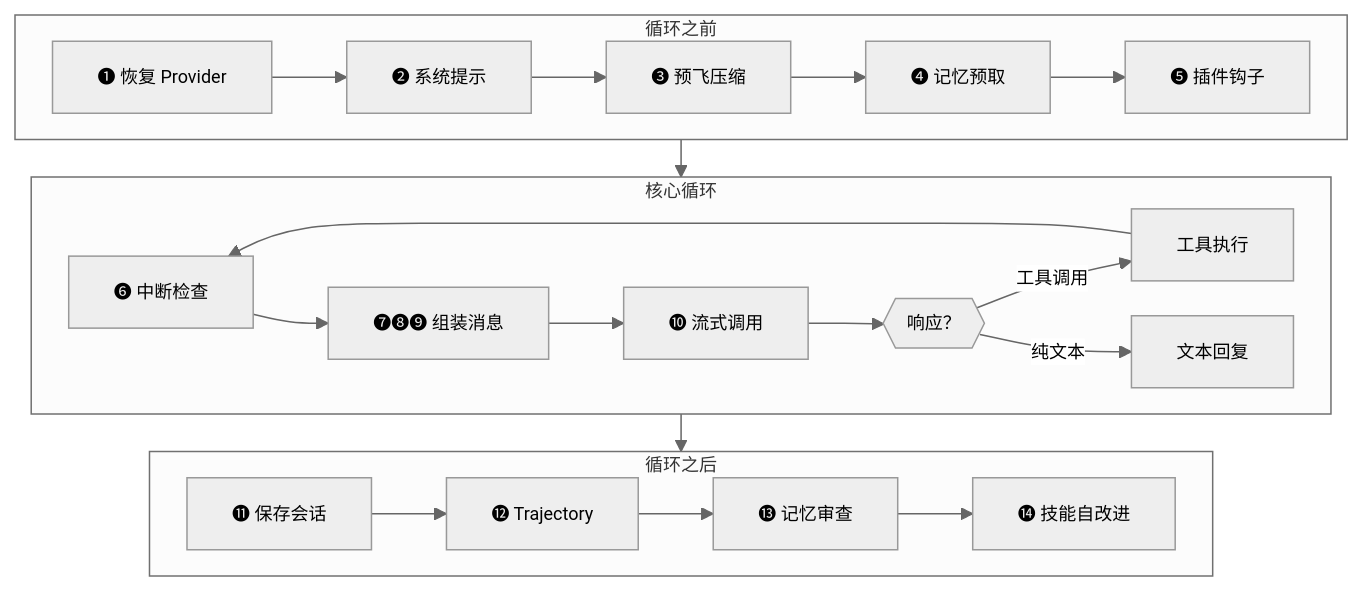
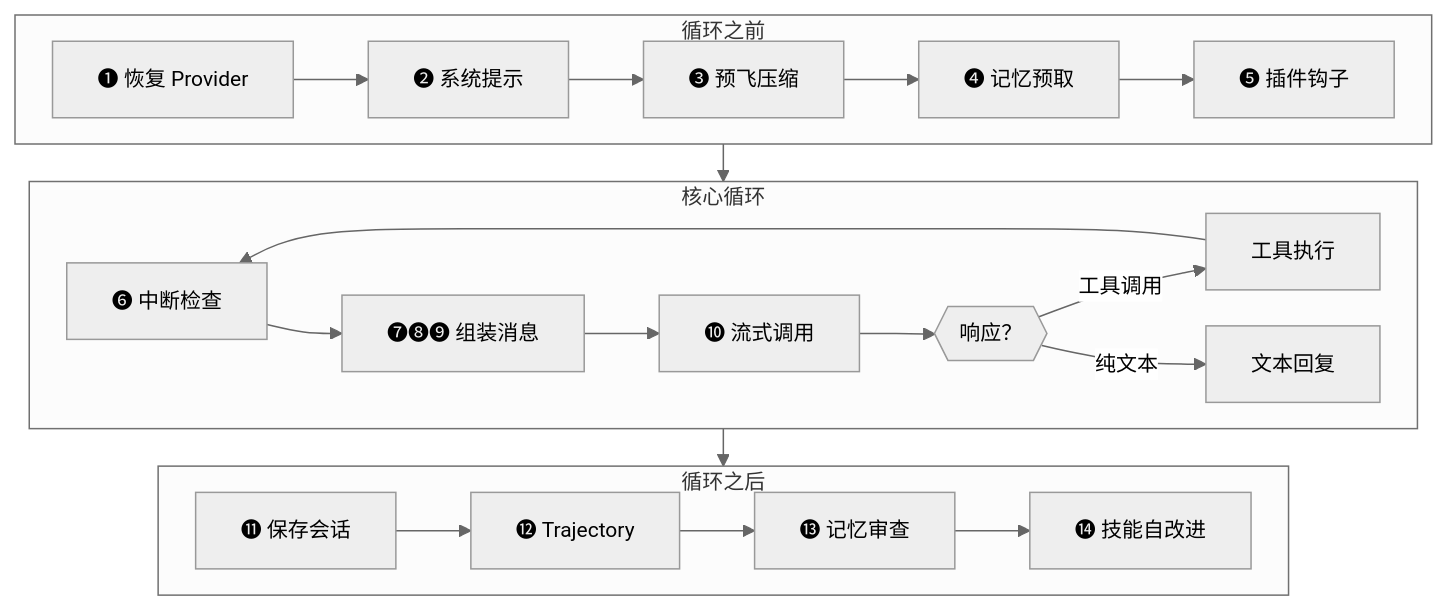
One commit to fang-lin/hermes-agent-code-analysis changed the third of 9 diagrams in docs/zh/02-Agent核心.md. Above: the diagram before and after it, drawn with Mermaid. The commit also changed other lines of this file and 5 other files, not shown here.

First line of the commit message:
00/01/02 全部图表统一 Mermaid init 指令：fontSize 14px，紧凑间距

````diff
--- a/docs/zh/02-Agent核心.md
+++ b/docs/zh/02-Agent核心.md
@@ -143,21 +143,21 @@
 ```mermaid
-%%{init: {"theme": "neutral", "themeVariables": {"fontSize": "12px"}, "flowchart": {"nodeSpacing": 15, "rankSpacing": 25}}}%%
+%%{init: {"theme": "neutral", "themeVariables": {"fontSize": "14px"}, "flowchart": {"nodeSpacing": 15, "rankSpacing": 25}}}%%
 flowchart TD
     subgraph BEFORE ["循环之前"]
         direction LR
         B1["❶ 恢复 Provider"] --> B2["❷ 系统提示"] --> B3["❸ 预飞压缩"] --> B4["❹ 记忆预取"] --> B5["❺ 插件钩子"]
     end
 
     subgraph LOOP ["核心循环"]
         L1["❻ 中断检查"] --> L2["❼❽❾ 组装消息"] --> L5["❿ 流式调用"] --> L6{{"响应？"}}
         L6 -->|工具调用| L7["工具执行"] --> L1
         L6 -->|纯文本| L8["文本回复"]
     end
 
     subgraph AFTER ["循环之后"]
         direction LR
         A1["⓫ 保存会话"] --> A2["⓬ Trajectory"] --> A3["⓭ 记忆审查"] --> A4["⓮ 技能自改进"]
     end
 
     BEFORE --> LOOP --> AFTER
 ```
````
